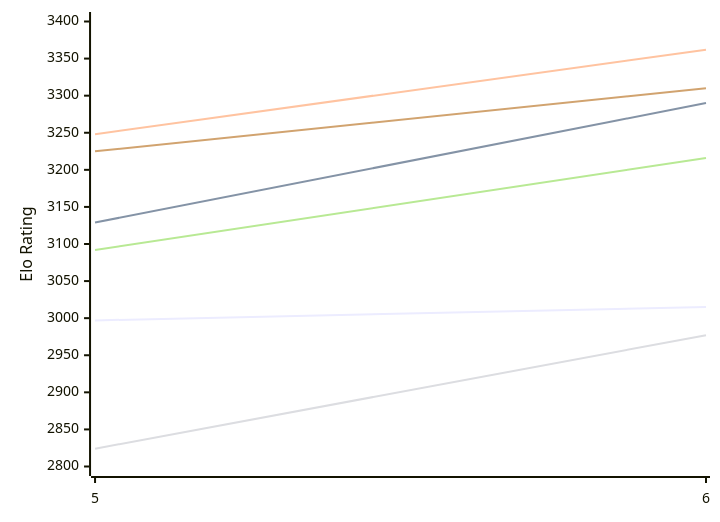
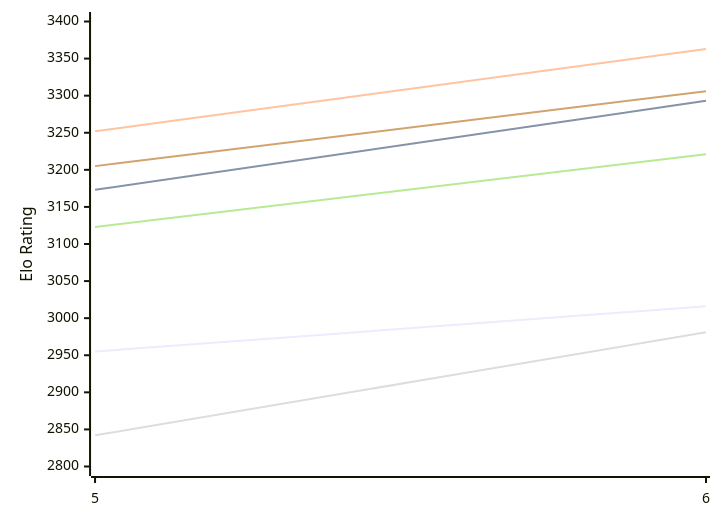
Before and after one commit to computer-chess-index/cci: the first of 2 diagrams in engines/Cwtch.md, drawn with Mermaid. The commit also changed other lines of this file, not shown here.

Commit message:
Update CCI Ratings (ELO VLTC) - 2026-11-17

````diff
--- a/engines/Cwtch.md
+++ b/engines/Cwtch.md
@@ -51,12 +51,12 @@
 ```mermaid
 %%{init: {"theme":"base","themeVariables":{"seriesColors:['#a3a3a3','#222221','#faa371']}}}%%
 xychart-beta
   x-axis ["5", "6"]
   y-axis "Elo Rating" 2800 --> 3400
-  line "E1: STC (8.0+0.08s)" [2997, 3015]
-  line "E1: LTC (60.0+0.60s)" [3129, 3290]
-  line "E1: VLTC (2m24s+1.12s)" [3248, 3362]
-  line "P1: STC (8.0+0.08s)" [2824, 2977]
-  line "P1: LTC (60.0+0.60s)" [3092, 3216]
-  line "P1: VLTC (2m24s+1.12s)" [3225, 3310]
+  line "E1: STC (8.0+0.08s)" [2955, 3016]
+  line "E1: LTC (60.0+0.60s)" [3173, 3293]
+  line "E1: VLTC (2m24s+1.12s)" [3252, 3363]
+  line "P1: STC (8.0+0.08s)" [2842, 2981]
+  line "P1: LTC (60.0+0.60s)" [3123, 3221]
+  line "P1: VLTC (2m24s+1.12s)" [3205, 3306]
 ```
````
